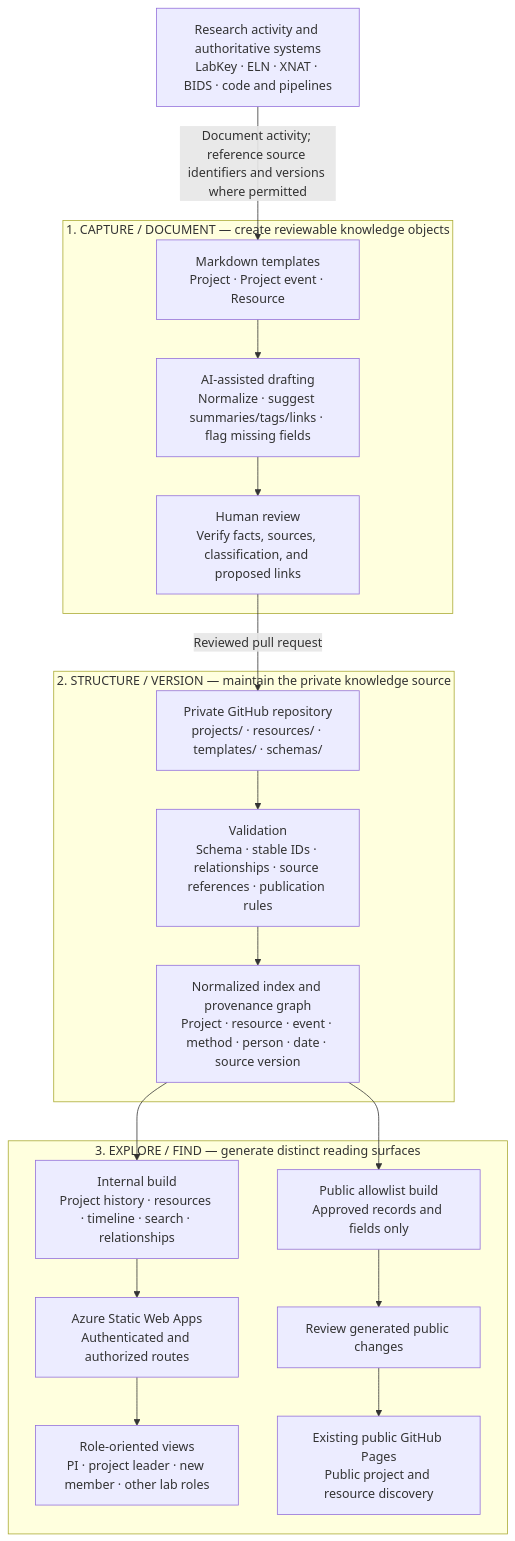
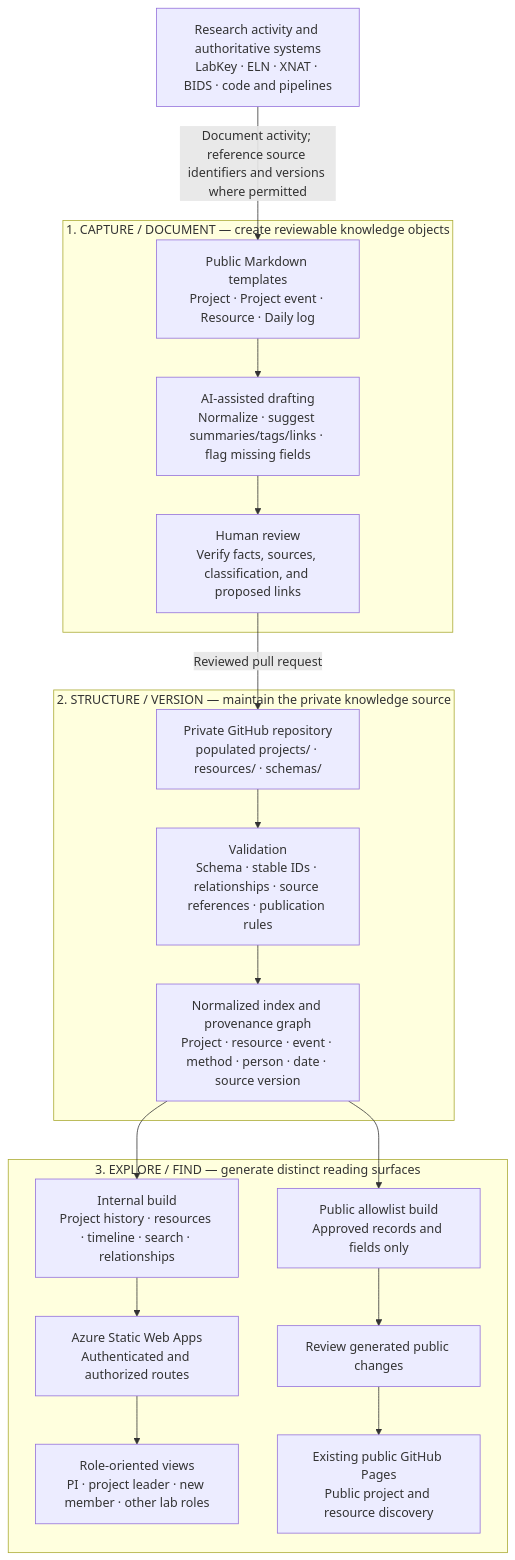
One commit to auda-edu/brainhack-research-data-system changed the diagram in plan-ver-0928/architecture.md. Above: the diagram before and after it, drawn with Mermaid. The commit also changed other lines of this file and 16 other files, not shown here.

Commit message:
docs: publish capture templates and synthetic project examples

````diff
--- a/plan-ver-0928/architecture.md
+++ b/plan-ver-0928/architecture.md
@@ -15,34 +15,34 @@
 ```mermaid
 flowchart TB
     S["Research activity and authoritative systems<br/>LabKey · ELN · XNAT · BIDS · code and pipelines"]
 
     subgraph L1["1. CAPTURE / DOCUMENT — create reviewable knowledge objects"]
-        T["Markdown templates<br/>Project · Project event · Resource"]
+        T["Public Markdown templates<br/>Project · Project event · Resource · Daily log"]
         A["AI-assisted drafting<br/>Normalize · suggest summaries/tags/links · flag missing fields"]
         H["Human review<br/>Verify facts, sources, classification, and proposed links"]
         T --> A --> H
     end
 
     subgraph L2["2. STRUCTURE / VERSION — maintain the private knowledge source"]
-        R["Private GitHub repository<br/>projects/ · resources/ · templates/ · schemas/"]
+        R["Private GitHub repository<br/>populated projects/ · resources/ · schemas/"]
         V["Validation<br/>Schema · stable IDs · relationships · source references · publication rules"]
         X["Normalized index and provenance graph<br/>Project · resource · event · method · person · date · source version"]
         R --> V --> X
     end
 
     subgraph L3["3. EXPLORE / FIND — generate distinct reading surfaces"]
         IB["Internal build<br/>Project history · resources · timeline · search · relationships"]
         AZ["Azure Static Web Apps<br/>Authenticated and authorized routes"]
         RV["Role-oriented views<br/>PI · project leader · new member · other lab roles"]
         PB["Public allowlist build<br/>Approved records and fields only"]
         PR["Review generated public changes"]
         GH["Existing public GitHub Pages<br/>Public project and resource discovery"]
         IB --> AZ --> RV
         PB --> PR --> GH
     end
 
     S -->|"Document activity; reference source identifiers and versions where permitted"| T
     H -->|"Reviewed pull request"| R
     X --> IB
     X --> PB
 ```
````
